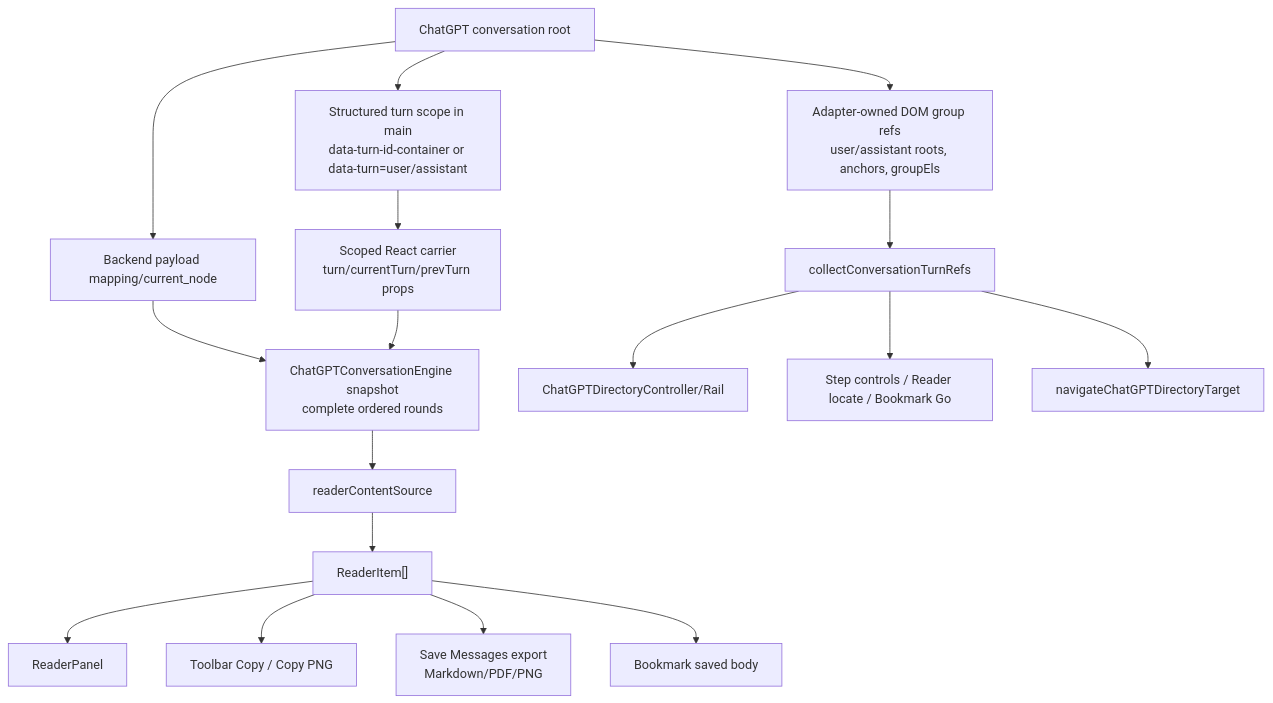
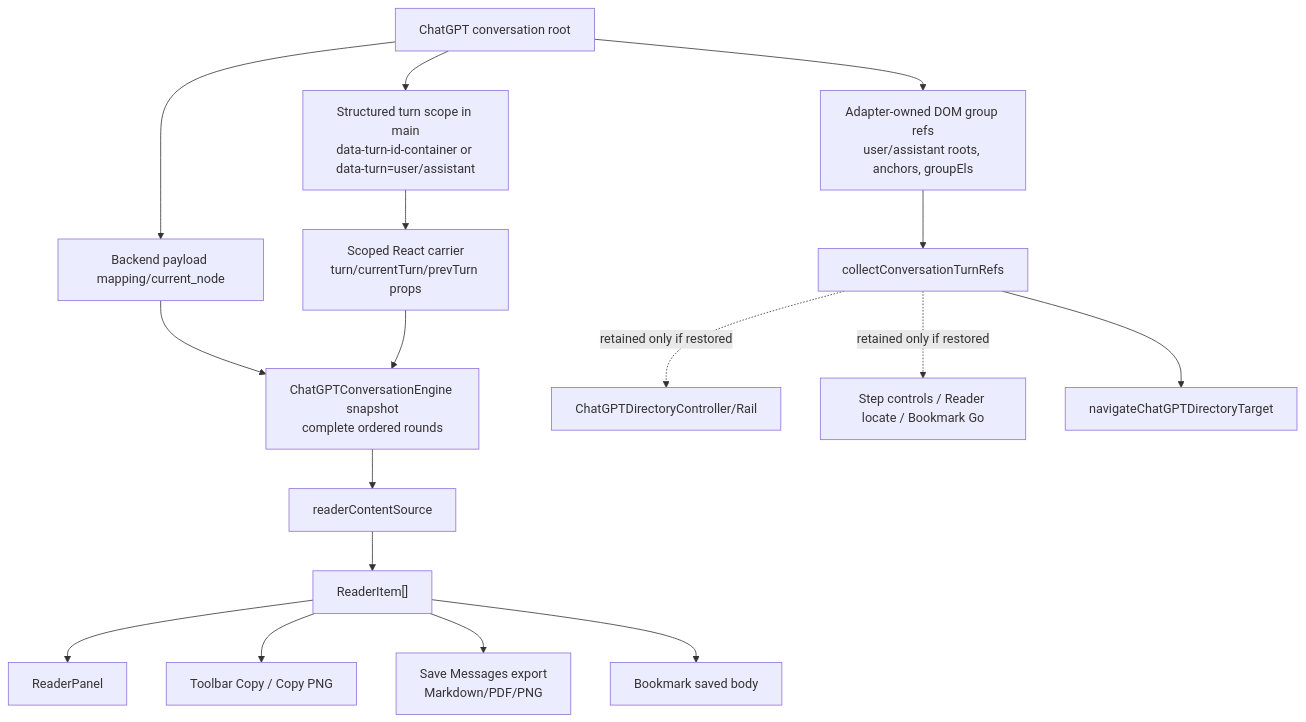
One commit to zhaoliangbin42/AI-MarkDone changed the diagram in docs/architecture/CURRENT_STATE.md. Above: the diagram before and after it, drawn with Mermaid. The commit also changed other lines of this file and 34 other files, not shown here.

````diff
--- a/docs/architecture/CURRENT_STATE.md
+++ b/docs/architecture/CURRENT_STATE.md
@@ -91,36 +92,36 @@
 ```mermaid
 flowchart TD
     Root["ChatGPT conversation root"]
     Payload["Backend payload mapping/current_node"]
     Scope["Structured turn scope in main<br/>data-turn-id-container or data-turn=user/assistant"]
     Carrier["Scoped React carrier<br/>turn/currentTurn/prevTurn props"]
     Snapshot["ChatGPTConversationEngine snapshot<br/>complete ordered rounds"]
     ReaderSource["readerContentSource"]
     ReaderItems["ReaderItem[]"]
     Reader["ReaderPanel"]
     ToolbarCopy["Toolbar Copy / Copy PNG"]
     Export["Save Messages export<br/>Markdown/PDF/PNG"]
     BookmarkBody["Bookmark saved body"]
     AdapterGroups["Adapter-owned DOM group refs<br/>user/assistant roots, anchors, groupEls"]
     TurnRefs["collectConversationTurnRefs"]
     Directory["ChatGPTDirectoryController/Rail"]
     StepControls["Step controls / Reader locate / Bookmark Go"]
     Navigation["navigateChatGPTDirectoryTarget"]
 
     Root --> Payload
     Root --> Scope
     Scope --> Carrier
     Payload --> Snapshot
     Carrier --> Snapshot
     Snapshot --> ReaderSource
     ReaderSource --> ReaderItems
     ReaderItems --> Reader
     ReaderItems --> ToolbarCopy
     ReaderItems --> Export
     ReaderItems --> BookmarkBody
     Root --> AdapterGroups
     AdapterGroups --> TurnRefs
-    TurnRefs --> Directory
-    TurnRefs --> StepControls
     TurnRefs --> Navigation
+    TurnRefs -. "retained only if restored" .-> Directory
+    TurnRefs -. "retained only if restored" .-> StepControls
 ```
````
